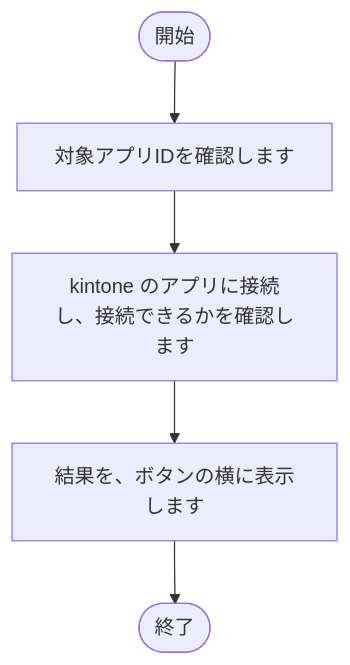
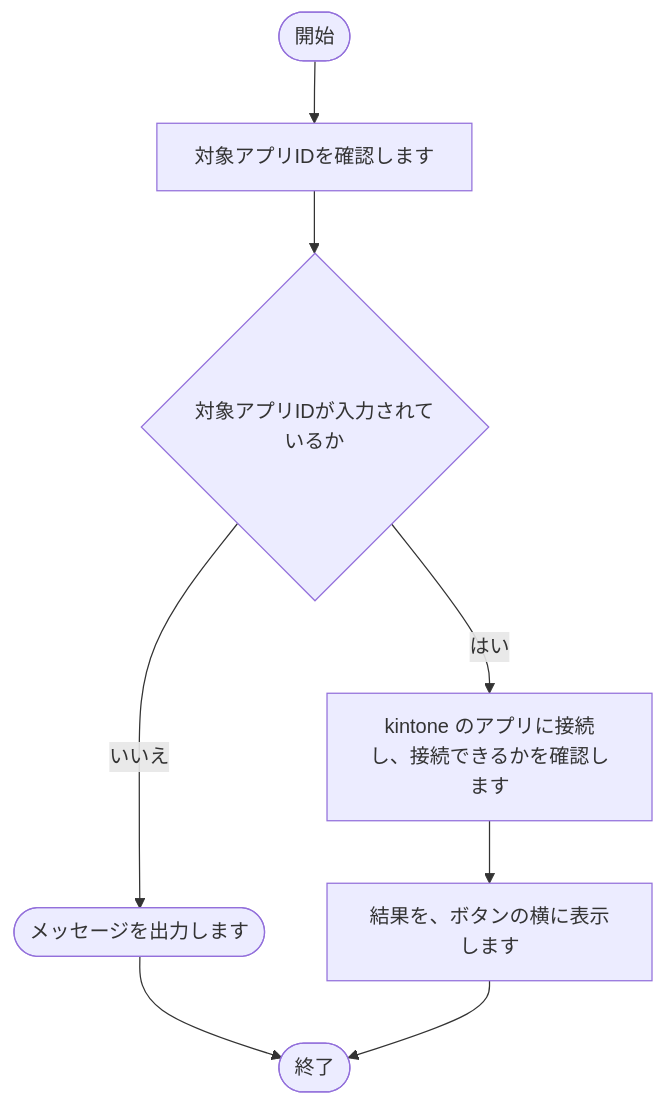
One commit to nishida2073/project_management changed diagram 16 of 24 in tool/track-aggregator/doc/02_設計/処理フロー.md. Above: the diagram before and after it, drawn with Mermaid. The commit also changed other lines of this file and 16 other files, not shown here.

````diff
--- a/tool/track-aggregator/doc/02_設計/処理フロー.md
+++ b/tool/track-aggregator/doc/02_設計/処理フロー.md
@@ -359,12 +385,17 @@
 ```mermaid
 flowchart TD
     S(["開始"])
     E(["終了"])
     N1["対象アプリIDを確認します"]
     S --> N1
-    N2["kintone のアプリに接続し、接続できるかを確認します"]
+    N2{"対象アプリIDが入力されているか"}
     N1 --> N2
-    N3["結果を、ボタンの横に表示します"]
-    N2 --> N3
-    N3 --> E
+    X2(["メッセージを出力します"])
+    N2 -- いいえ --> X2
+    X2 --> E
+    N3["kintone のアプリに接続し、接続できるかを確認します"]
+    N2 -- はい --> N3
+    N4["結果を、ボタンの横に表示します"]
+    N3 --> N4
+    N4 --> E
 ```
````
